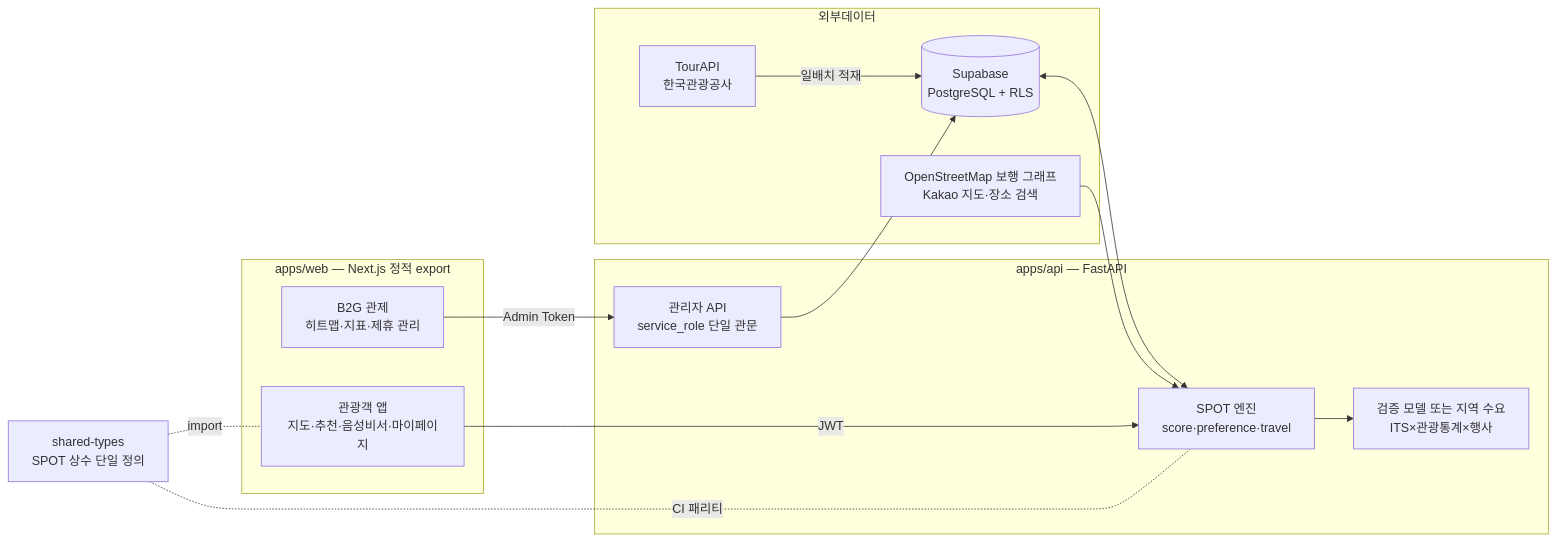
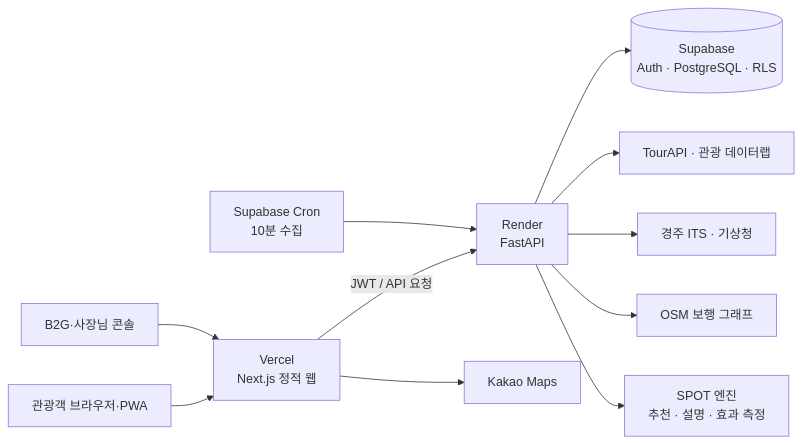
Before and after one commit to NextSpot-knu/NextSpot: the diagram in README.md, drawn with Mermaid. The commit also changed other lines of this file, not shown here.

First line of the commit message:
docs: refresh README for current NextSpot product

````diff
--- a/README.md
+++ b/README.md
@@ -108,22 +128,15 @@
 ```mermaid
 flowchart LR
-    subgraph 외부데이터
-        T[TourAPI<br/>한국관광공사] -->|일배치 적재| DB[(Supabase<br/>PostgreSQL + RLS)]
-        K[OpenStreetMap 보행 그래프<br/>Kakao 지도·장소 검색]
-    end
-    subgraph "apps/api — FastAPI"
-        S[SPOT 엔진<br/>score·preference·travel] --> P[검증 모델 또는 지역 수요<br/>ITS×관광통계×행사]
-        A[관리자 API<br/>service_role 단일 관문]
-    end
-    subgraph "apps/web — Next.js 정적 export"
-        U[관광객 앱<br/>지도·추천·음성비서·마이페이지]
-        G[B2G 관제<br/>히트맵·지표·제휴 관리]
-    end
-    DB <--> S
-    K --> S
-    U -->|JWT| S
-    G -->|Admin Token| A
-    A --> DB
-    ST[shared-types<br/>SPOT 상수 단일 정의] -.CI 패리티.- S
-    ST -.import.- U
+    U[관광객 브라우저·PWA] --> W[Vercel<br/>Next.js 정적 웹]
+    G[B2G·사장님 콘솔] --> W
+    W -->|JWT / API 요청| A[Render<br/>FastAPI]
+
+    A --> S[(Supabase<br/>Auth · PostgreSQL · RLS)]
+    A --> T[TourAPI · 관광 데이터랩]
+    A --> I[경주 ITS · 기상청]
+    A --> O[OSM 보행 그래프]
+    W --> K[Kakao Maps]
+
+    C[Supabase Cron<br/>10분 수집] --> A
+    A --> E[SPOT 엔진<br/>추천 · 설명 · 효과 측정]
 ```
````
